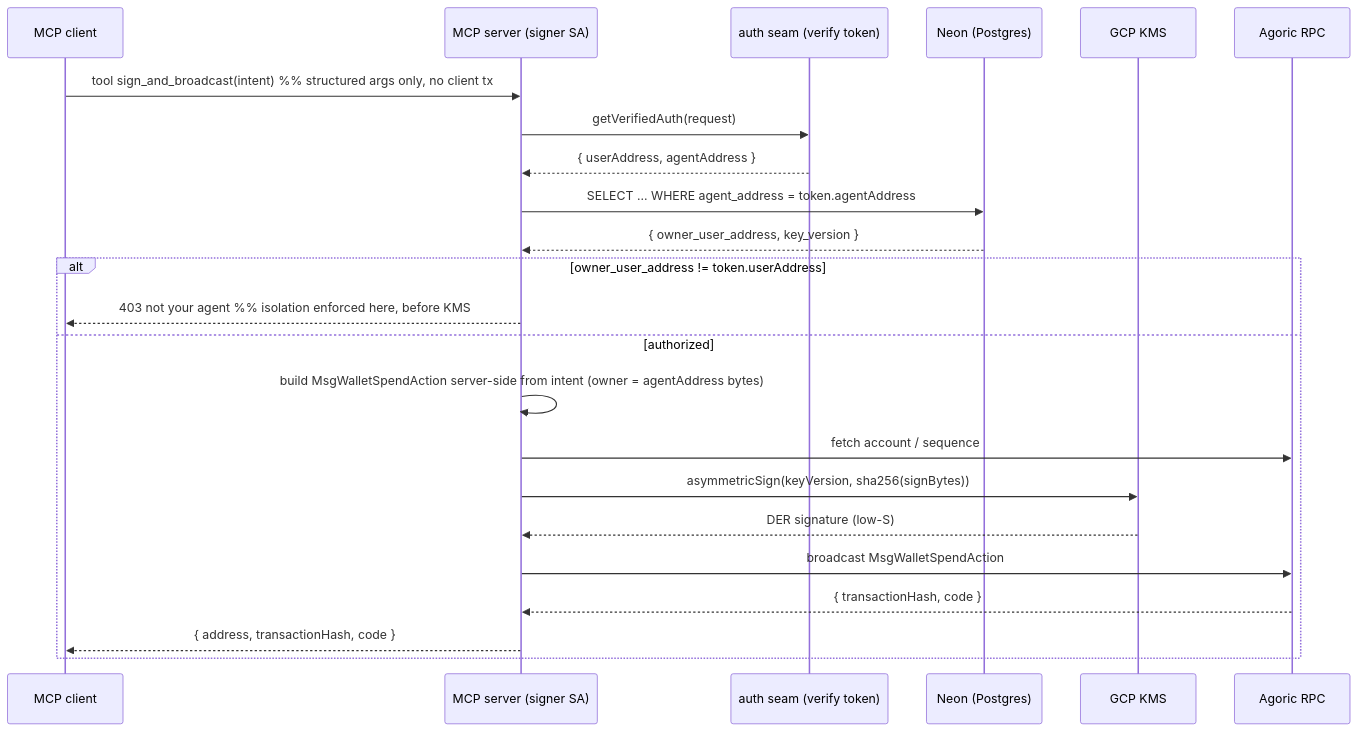
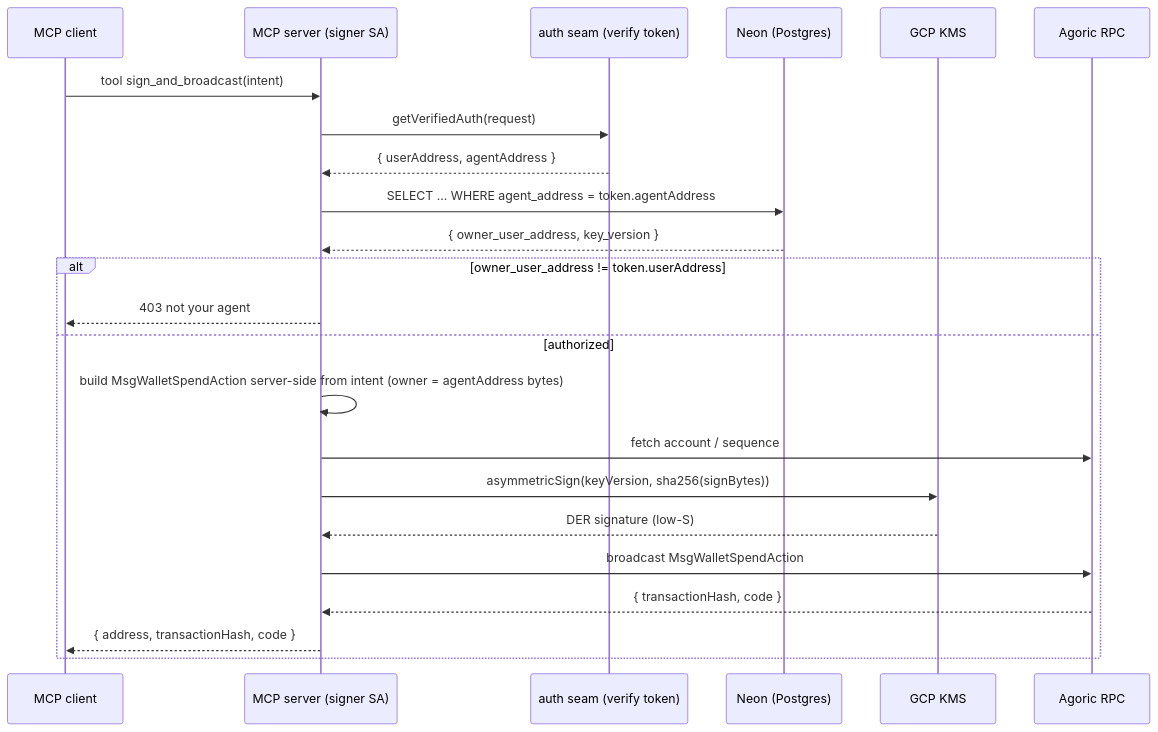
The second of 3 diagrams in designs/mcp-kms-agent-signer.md (mujahidkai/agoric-sdk), drawn with Mermaid before and after one commit. The commit also changed other lines of this file, not shown here.

Commit message:
fix(design): make mermaid sequence diagrams render on GitHub

````diff
--- a/designs/mcp-kms-agent-signer.md
+++ b/designs/mcp-kms-agent-signer.md
@@ -143,26 +144,28 @@
 ```mermaid
 sequenceDiagram
     participant C as MCP client
     participant S as MCP server (signer SA)
     participant A as auth seam (verify token)
     participant N as Neon (Postgres)
     participant K as GCP KMS
     participant R as Agoric RPC
 
-    C->>S: tool sign_and_broadcast(intent)  %% structured args only, no client tx
+    %% structured args only, no client tx
+    C->>S: tool sign_and_broadcast(intent)
     S->>A: getVerifiedAuth(request)
     A-->>S: { userAddress, agentAddress }
     S->>N: SELECT ... WHERE agent_address = token.agentAddress
     N-->>S: { owner_user_address, key_version }
     alt owner_user_address != token.userAddress
-        S-->>C: 403 not your agent   %% isolation enforced here, before KMS
+        %% isolation enforced here, before KMS
+        S-->>C: 403 not your agent
     else authorized
         S->>S: build MsgWalletSpendAction server-side from intent (owner = agentAddress bytes)
         S->>R: fetch account / sequence
         S->>K: asymmetricSign(keyVersion, sha256(signBytes))
         K-->>S: DER signature (low-S)
         S->>R: broadcast MsgWalletSpendAction
         R-->>S: { transactionHash, code }
         S-->>C: { address, transactionHash, code }
     end
 ```
````
